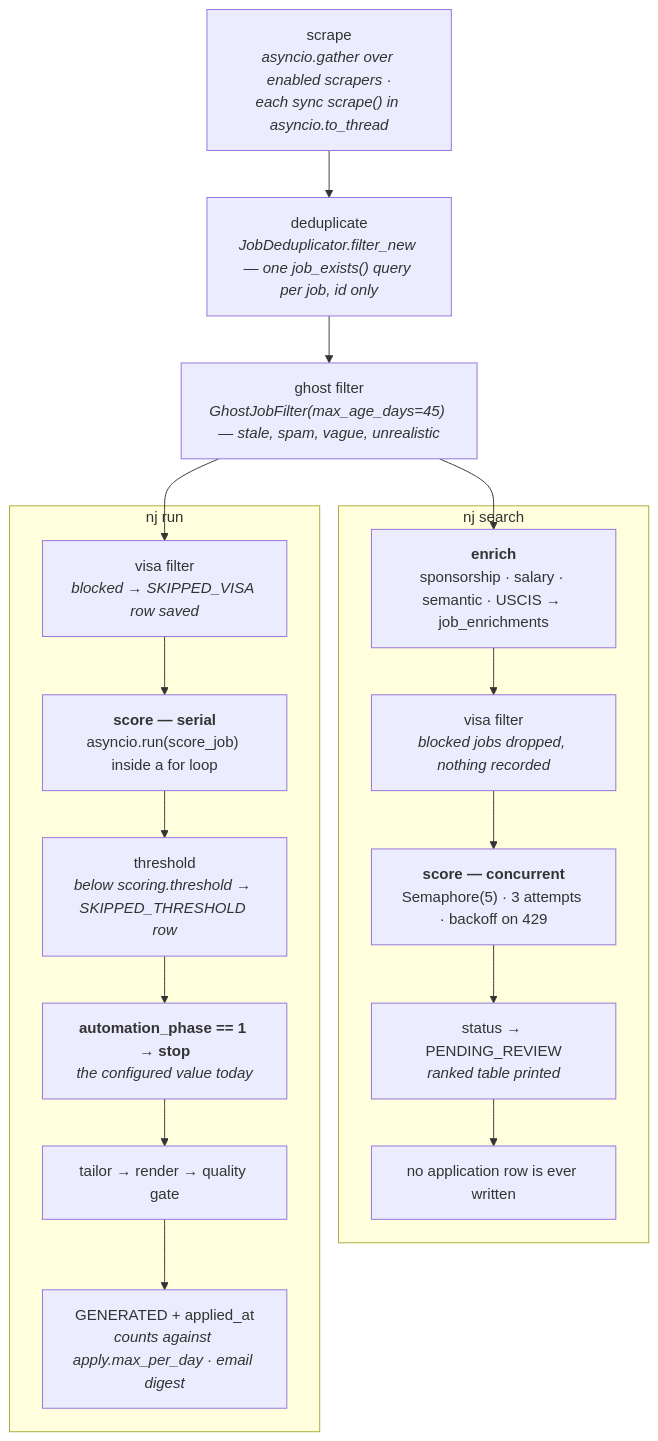
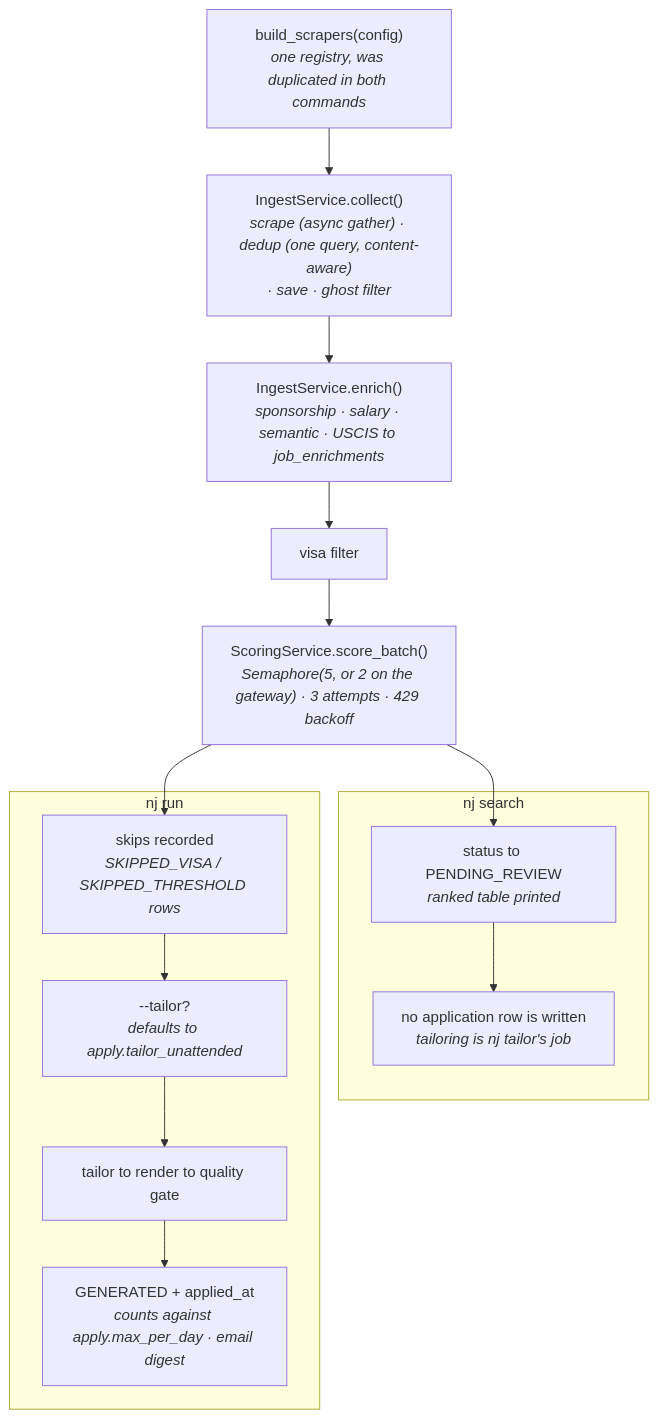
Before and after one commit to ZocNishant/nj-cli: the second of 4 diagrams in docs/ARCHITECTURE.md, drawn with Mermaid. The commit also changed other lines of this file and 49 other files, not shown here.

First line of the commit message:
fix: close 13 of the 18 architecture backlog items (#5)

````diff
--- a/docs/ARCHITECTURE.md
+++ b/docs/ARCHITECTURE.md
@@ -185,29 +187,26 @@
 ```mermaid
 flowchart TD
-  S1["scrape<br/><i>asyncio.gather over enabled scrapers ·<br/>each sync scrape() in asyncio.to_thread</i>"]
-  S2["deduplicate<br/><i>JobDeduplicator.filter_new — one job_exists() query per job, id only</i>"]
-  S3["ghost filter<br/><i>GhostJobFilter(max_age_days=45) — stale, spam, vague, unrealistic</i>"]
-  S1 --> S2 --> S3
+  SRC["build_scrapers(config)<br/><i>one registry, was duplicated in both commands</i>"]
+  S1["IngestService.collect()<br/><i>scrape (async gather) · dedup (one query, content-aware)<br/>· save · ghost filter</i>"]
+  S2["IngestService.enrich()<br/><i>sponsorship · salary · semantic · USCIS to job_enrichments</i>"]
+  S3["visa filter"]
+  S4["ScoringService.score_batch()<br/><i>Semaphore(5, or 2 on the gateway) · 3 attempts · 429 backoff</i>"]
+  SRC --> S1 --> S2 --> S3 --> S4
 
-  S3 --> L1
-  S3 --> R1
+  S4 --> L1
+  S4 --> R1
 
   subgraph LEFT["nj search"]
-    L1["<b>enrich</b><br/>sponsorship · salary · semantic · USCIS → job_enrichments"]
-    L2["visa filter<br/><i>blocked jobs dropped, nothing recorded</i>"]
-    L3["<b>score — concurrent</b><br/>Semaphore(5) · 3 attempts · backoff on 429"]
-    L4["status → PENDING_REVIEW<br/><i>ranked table printed</i>"]
-    L5["no application row is ever written"]
-    L1 --> L2 --> L3 --> L4 --> L5
+    L1["status to PENDING_REVIEW<br/><i>ranked table printed</i>"]
+    L2["no application row is written<br/><i>tailoring is nj tailor's job</i>"]
+    L1 --> L2
   end
 
   subgraph RIGHT["nj run"]
-    R1["visa filter<br/><i>blocked → SKIPPED_VISA row saved</i>"]
-    R2["<b>score — serial</b><br/>asyncio.run(score_job) inside a for loop"]
-    R3["threshold<br/><i>below scoring.threshold → SKIPPED_THRESHOLD row</i>"]
-    R4["<b>automation_phase == 1 → stop</b><br/><i>the configured value today</i>"]
-    R5["tailor → render → quality gate"]
-    R6["GENERATED + applied_at<br/><i>counts against apply.max_per_day · email digest</i>"]
-    R1 --> R2 --> R3 --> R4 --> R5 --> R6
+    R1["skips recorded<br/><i>SKIPPED_VISA / SKIPPED_THRESHOLD rows</i>"]
+    R2["--tailor?<br/><i>defaults to apply.tailor_unattended</i>"]
+    R3["tailor to render to quality gate"]
+    R4["GENERATED + applied_at<br/><i>counts against apply.max_per_day · email digest</i>"]
+    R1 --> R2 --> R3 --> R4
   end
 ```
````
